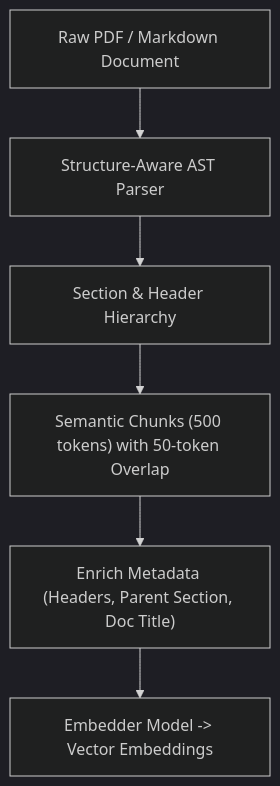
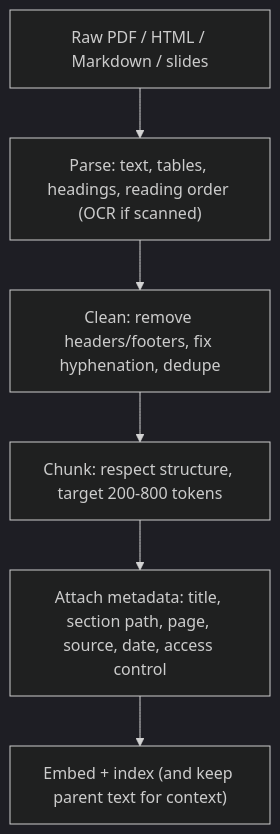
Before and after one commit to reddykarthikeya1/AI-Systems-Mastery: the diagram in 10_Advanced_Retrieval_and_Context_Engineering/Module_01_Parsing_and_Hierarchical_Chunking/01_README.md, drawn with Mermaid (dark theme). The commit also changed other lines of this file and 54 other files, not shown here.

````diff
--- a/10_Advanced_Retrieval_and_Context_Engineering/Module_01_Parsing_and_Hierarchical_Chunking/01_README.md
+++ b/10_Advanced_Retrieval_and_Context_Engineering/Module_01_Parsing_and_Hierarchical_Chunking/01_README.md
@@ -6,8 +15,8 @@
 ```mermaid
 flowchart TD
-    Doc["Raw PDF / Markdown Document"] --> AST["Structure-Aware AST Parser"]
-    AST --> Sections["Section & Header Hierarchy"]
-    Sections --> Chunks["Semantic Chunks (500 tokens) with 50-token Overlap"]
-    Chunks --> Meta["Enrich Metadata (Headers, Parent Section, Doc Title)"]
-    Meta --> Embed["Embedder Model -> Vector Embeddings"]
+    DOC["Raw PDF / HTML / Markdown / slides"] --> PARSE["Parse: text, tables, headings, reading order (OCR if scanned)"]
+    PARSE --> CLEAN["Clean: remove headers/footers, fix hyphenation, dedupe"]
+    CLEAN --> SPLIT["Chunk: respect structure, target 200-800 tokens"]
+    SPLIT --> META["Attach metadata: title, section path, page, source, date, access control"]
+    META --> EMB["Embed + index (and keep parent text for context)"]
 ```
````
